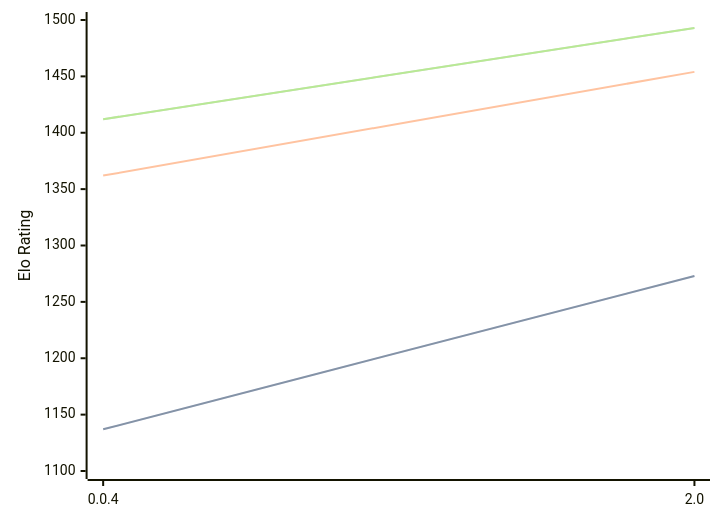
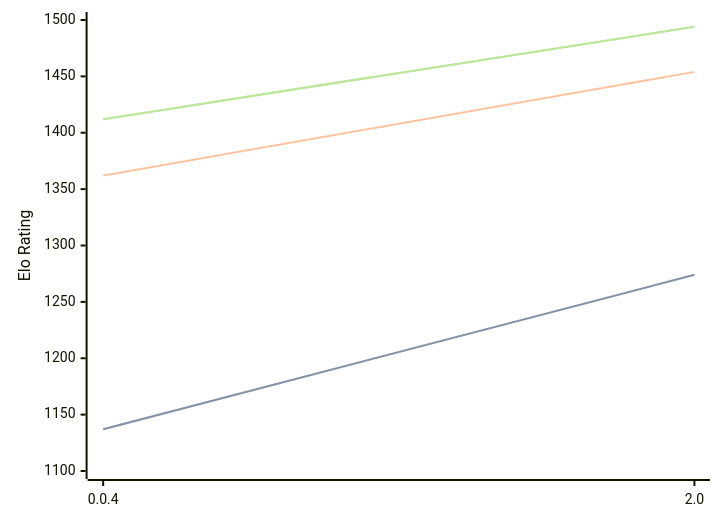
One commit to computer-chess-index/cci changed the diagram in engines/Oops!Mate.md. Above: the diagram before and after it, drawn with Mermaid. The commit also changed other lines of this file, not shown here.

Commit message:
Update CCI Ratings (ELO VLTC) - 2026-09-18

````diff
--- a/engines/Oops!Mate.md
+++ b/engines/Oops!Mate.md
@@ -33,11 +33,11 @@
 ```mermaid
 %%{init: {"theme":"base","themeVariables":{"seriesColors:['#a3a3a3','#222221','#faa371']}}}%%
 xychart-beta
   x-axis ["0.0.4", "2.0"]
   y-axis "Elo Rating" 1100 --> 1500
-  line "" [1137, 1273]
-  line "STC (8.0+0.08s)" [1137, 1273]
+  line "" [1137, 1274]
+  line "STC (8.0+0.08s)" [1137, 1274]
   line "LTC (60.0+0.60s)" [1362, 1454]
-  line "" [1412, 1493]
-  line "VLTC (2m24s+1.12s)" [1412, 1493]
+  line "" [1412, 1494]
+  line "VLTC (2m24s+1.12s)" [1412, 1494]
 ```
````
